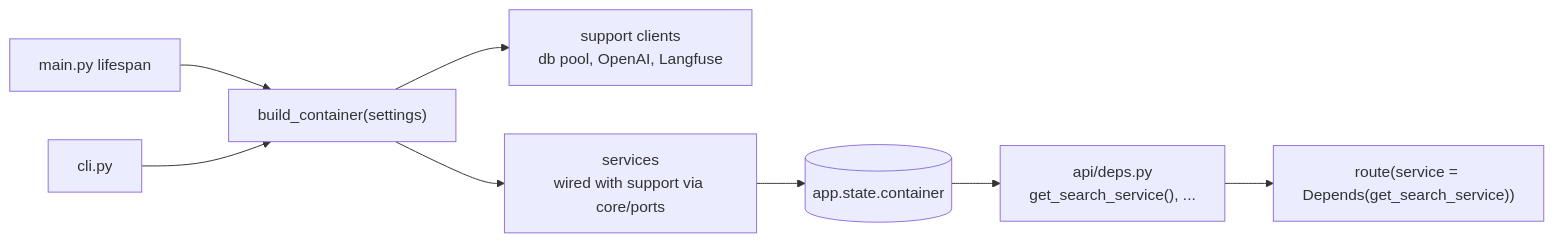
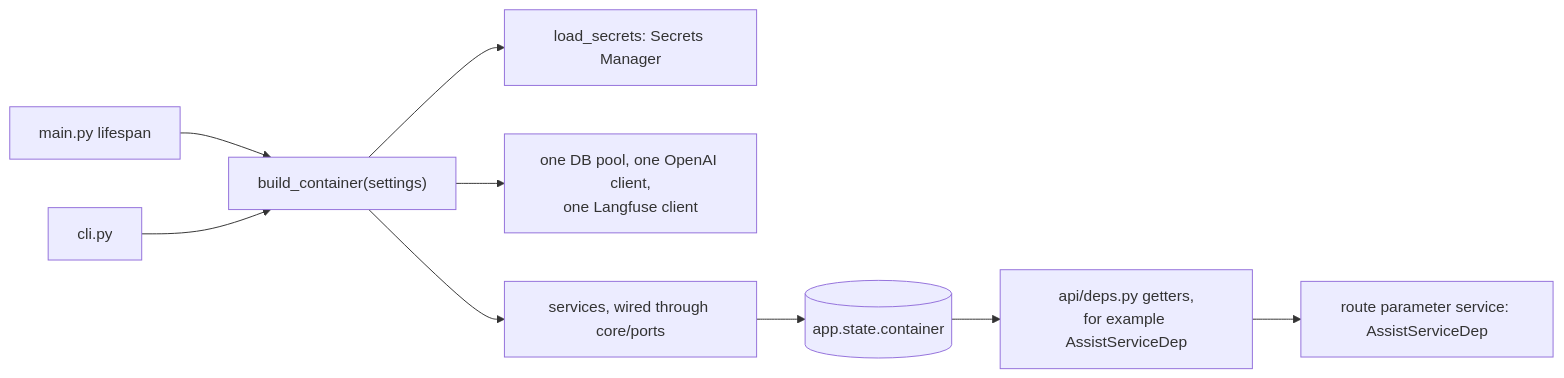
Before and after one commit to gustavomoises/dayforce: the second of 9 diagrams in architecture.md, drawn with Mermaid. The commit also changed other lines of this file and 25 other files, not shown here.

Commit message:
task 8: README, PROMPTS, AI-NOTES, TRADEOFFS, live tests, Postman, synced architecture docs; remove pre-task leftovers

````diff
--- a/architecture.md
+++ b/architecture.md
@@ -65,10 +87,11 @@
 ```mermaid
 flowchart LR
-    LS[main.py lifespan] --> BC["build_container(settings)"]
-    BC --> SUP[support clients<br/>db pool, OpenAI, Langfuse]
-    BC --> SVC[services<br/>wired with support via core/ports]
-    SVC --> ST[(app.state.container)]
-    ST --> DEP["api/deps.py<br/>get_search_service(), ..."]
-    DEP --> RT["route(service = Depends(get_search_service))"]
-    CLI[cli.py] --> BC
+    LS["main.py lifespan"] --> BC["build_container(settings)"]
+    CLI["cli.py"] --> BC
+    BC --> SEC["load_secrets: Secrets Manager"]
+    BC --> SUP["one DB pool, one OpenAI client,<br/>one Langfuse client"]
+    BC --> SVC["services, wired through core/ports"]
+    SVC --> ST[("app.state.container")]
+    ST --> DEP["api/deps.py getters,<br/>for example AssistServiceDep"]
+    DEP --> RT["route parameter service: AssistServiceDep"]
 ```
````
